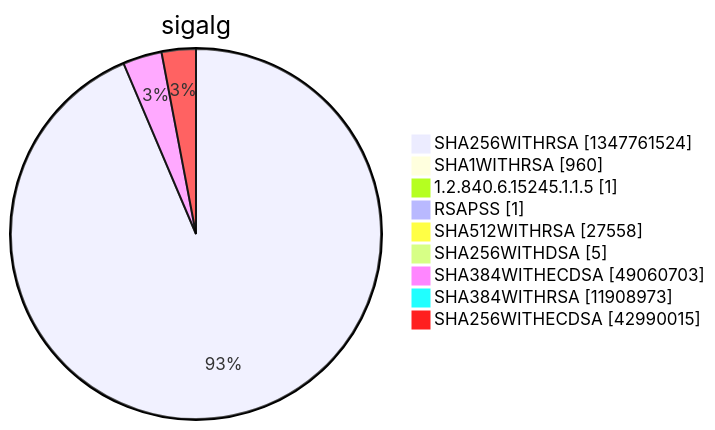
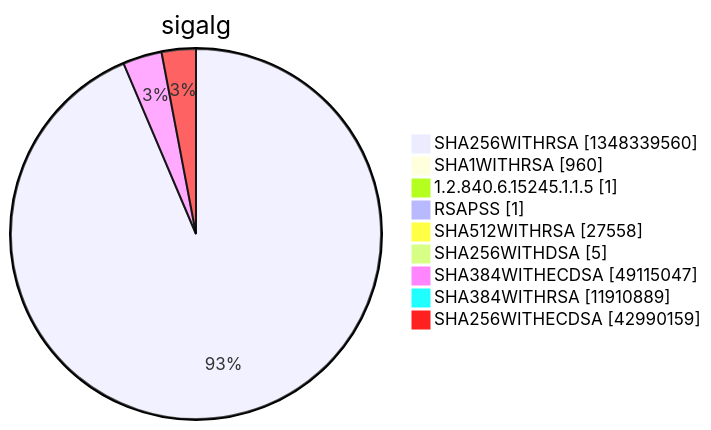
One commit to christiankrug/ctmonitor_visualization changed diagram 15 of 15 in argon2022/README.md. Above: the diagram before and after it, drawn with Mermaid. The commit also changed other lines of this file, not shown here.

````diff
--- a/argon2022/README.md
+++ b/argon2022/README.md
@@ -5524,13 +5524,13 @@
 ```mermaid
 pie showData
 title sigalg
-"SHA256WITHRSA" :1347761524
+"SHA256WITHRSA" :1348339560
 "SHA1WITHRSA" :960
 "1.2.840.6.15245.1.1.5" :1
 "RSAPSS" :1
 "SHA512WITHRSA" :27558
 "SHA256WITHDSA" :5
-"SHA384WITHECDSA" :49060703
-"SHA384WITHRSA" :11908973
-"SHA256WITHECDSA" :42990015
+"SHA384WITHECDSA" :49115047
+"SHA384WITHRSA" :11910889
+"SHA256WITHECDSA" :42990159
 ```
````
